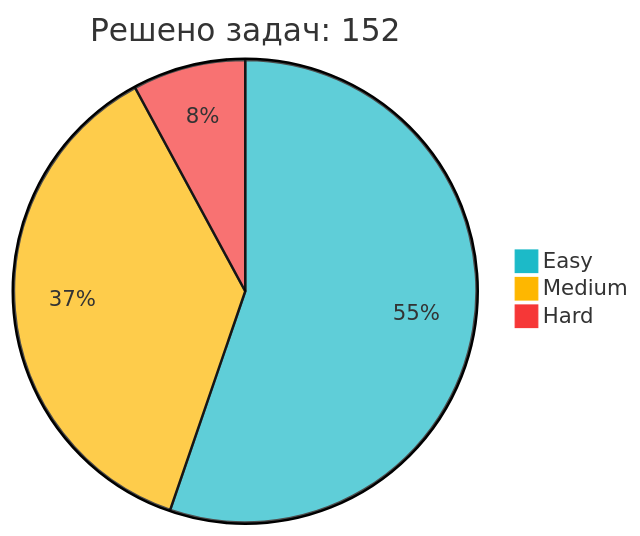
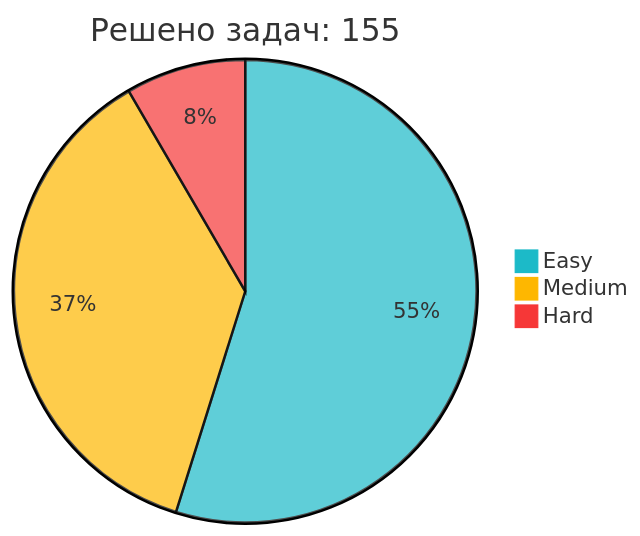
One commit to IliaKurdukov/IliaKurdukov changed the diagram in README.md. Above: the diagram before and after it, drawn with Mermaid. The commit also changed other lines of this file, not shown here.

Commit message:
📈 Обновление статистики LeetCode

````diff
--- a/README.md
+++ b/README.md
@@ -51,7 +51,7 @@
 ```mermaid
 %%{init: {'theme': 'base', 'themeVariables': { 'pie1': '#1CBAC8', 'pie2': '#FEB700', 'pie3': '#F63737' }, 'config': {'width': 300, 'height': 200}}}%%
-pie title Решено задач: 152
-   "Easy" : 84
-   "Medium" : 56
-   "Hard" : 12
+pie title Решено задач: 155
+   "Easy" : 85
+   "Medium" : 57
+   "Hard" : 13
 ```
````
